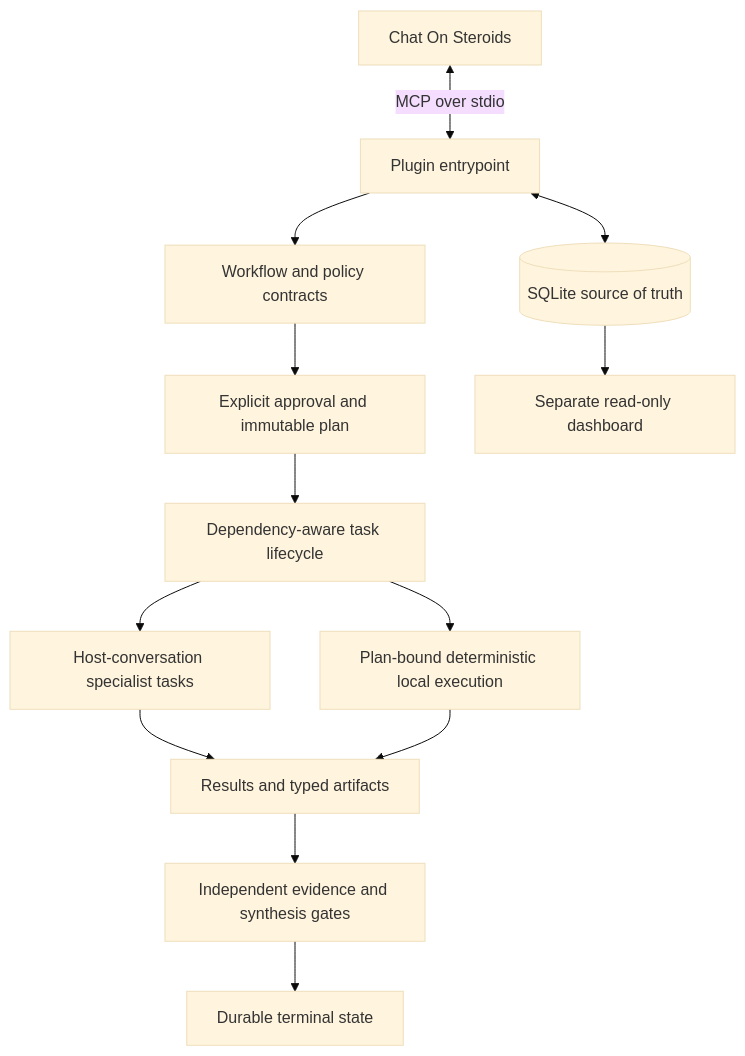
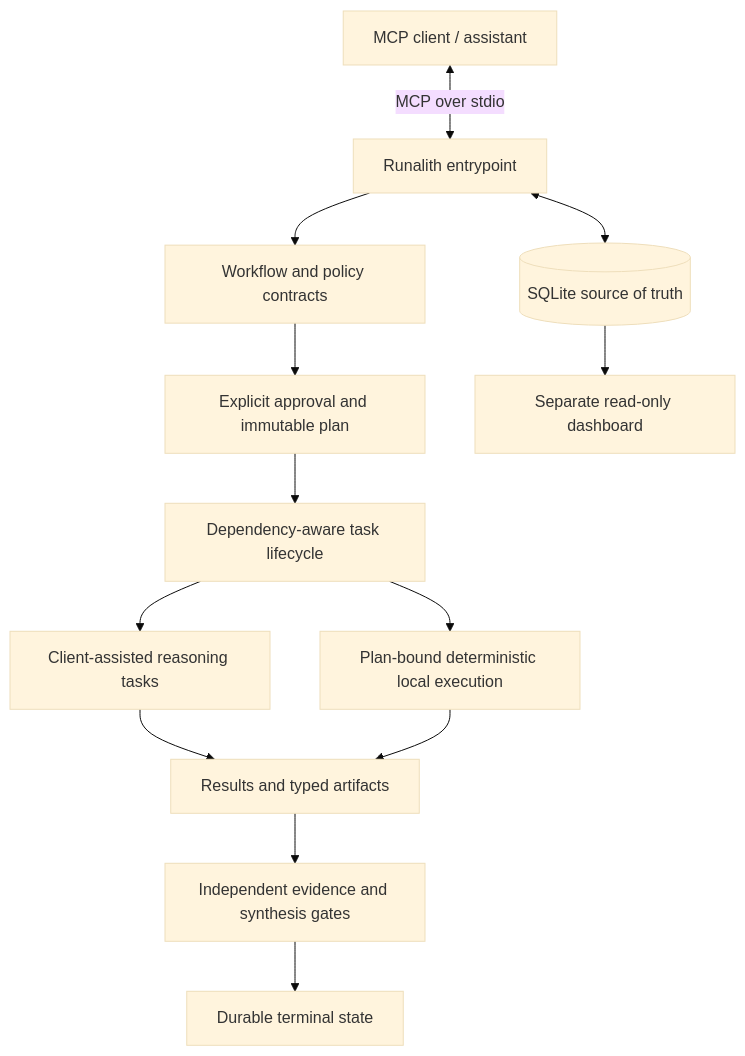
Before and after one commit to nplongx/durable-agent-orchestrator: the diagram in docs/architecture.md, drawn with Mermaid (base theme). The commit also changed other lines of this file and 42 other files, not shown here.

````diff
--- a/docs/architecture.md
+++ b/docs/architecture.md
@@ -7,15 +7,15 @@
 ```mermaid
 flowchart TD
-    Host[Chat On Steroids] <-->|MCP over stdio| Entry[Plugin entrypoint]
+    Client[MCP client / assistant] <-->|MCP over stdio| Entry[Runalith entrypoint]
     Entry --> Contracts[Workflow and policy contracts]
     Entry <--> Store[(SQLite source of truth)]
     Contracts --> Approval[Explicit approval and immutable plan]
     Approval --> Queue[Dependency-aware task lifecycle]
-    Queue --> Reasoning[Host-conversation specialist tasks]
+    Queue --> Reasoning[Client-assisted reasoning tasks]
     Queue --> Exec[Plan-bound deterministic local execution]
     Reasoning --> Evidence[Results and typed artifacts]
     Exec --> Evidence
     Evidence --> Gates[Independent evidence and synthesis gates]
     Gates --> State[Durable terminal state]
     Store --> Dashboard[Separate read-only dashboard]
 ```
````
